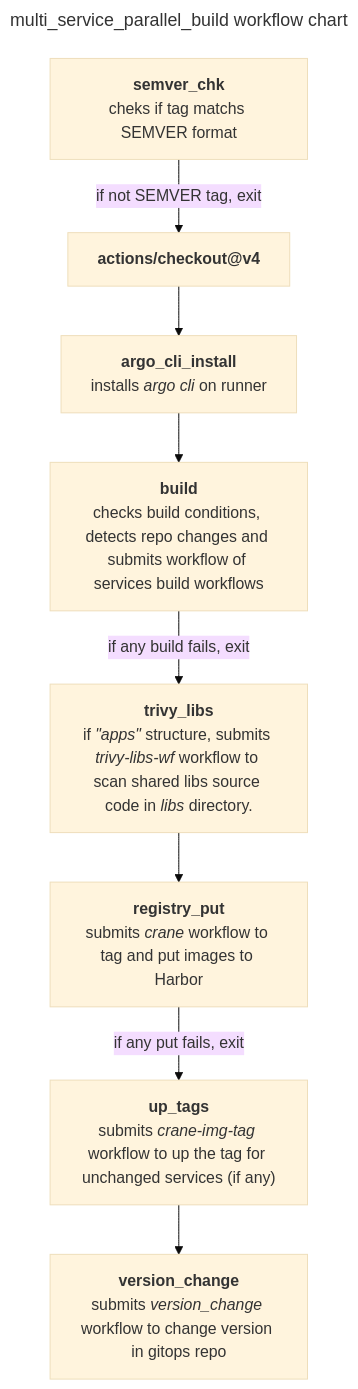
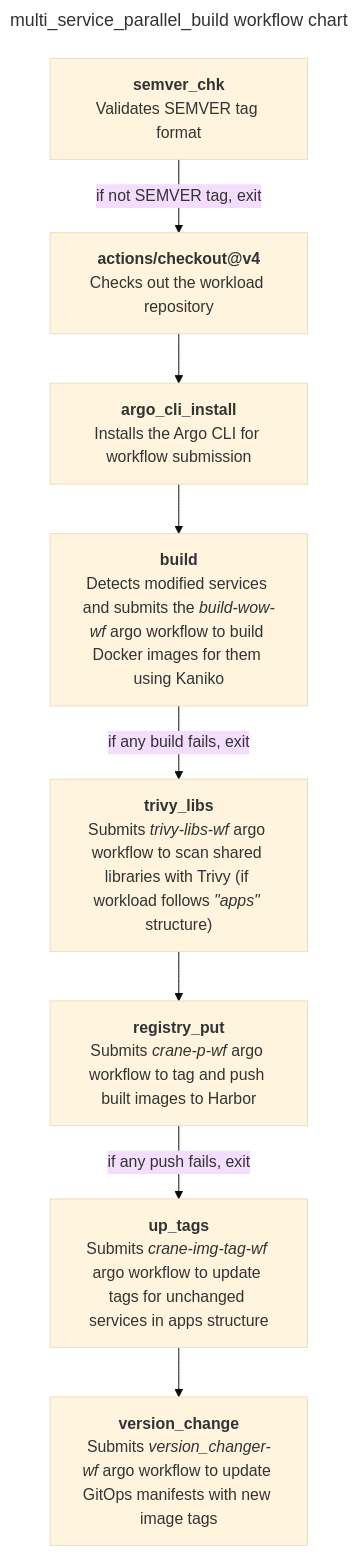
Before and after one commit to CloudGeometry/cg-devx-docs: the diagram in docs/developers_guide/ci/github_action_workflow.md, drawn with Mermaid (base theme). The commit also changed other lines of this file and 6 other files, not shown here.

````diff
--- a/docs/developers_guide/ci/github_action_workflow.md
+++ b/docs/developers_guide/ci/github_action_workflow.md
@@ -9,28 +25,30 @@
 ```mermaid
 ---
-title: multi_service_parallel_build  workflow chart
+title: multi_service_parallel_build workflow chart
 ---
 flowchart 
 n1["`**semver_chk**`"
-cheks if tag matchs SEMVER format
+Validates SEMVER tag format
 ]--if not SEMVER tag, exit-->
 n2["`**actions/checkout@v4**`"
+Checks out the workload repository
 ]-->
 n3["`**argo_cli_install**
-installs _argo cli_  on runner`"]-->
+Installs the Argo CLI for workflow submission
+`"]-->
 n4["`**build**`"
-checks build conditions, detects repo changes and submits workflow of services build workflows 
+Detects modified services and submits the _build-wow-wf_ argo workflow to build Docker images for them using Kaniko
 ]-- if any build fails, exit -->
-n41["`**trivy_libs**
-    if _#quot;apps#quot;_ structure, submits _trivy-libs-wf_ workflow to scan shared libs source code in _libs_ directory. 
+n5["`**trivy_libs**
+Submits _trivy-libs-wf_ argo workflow to scan shared libraries with Trivy (if workload follows _#quot;apps#quot;_ structure)
 `"]-->
-n5["`**registry_put**
-submits _crane_ workflow to tag and put images to Harbor`"
-]-- if any put fails, exit -->
-n6["`**up_tags**
-submits _crane-img-tag_ workflow to up the tag for unchanged services (if any)
+n6["`**registry_put**
+Submits _crane-p-wf_ argo workflow to tag and push built images to Harbor
+`"]-- if any push fails, exit -->
+n7["`**up_tags**
+Submits _crane-img-tag-wf_ argo workflow to update tags for unchanged services in apps structure
 `"]-->
-n7["`**version_change**
-submits _version_change_ workflow to change version in gitops repo
+n8["`**version_change**
+Submits _version_changer-wf_ argo workflow to update GitOps manifests with new image tags
 `"]
 ```
````
